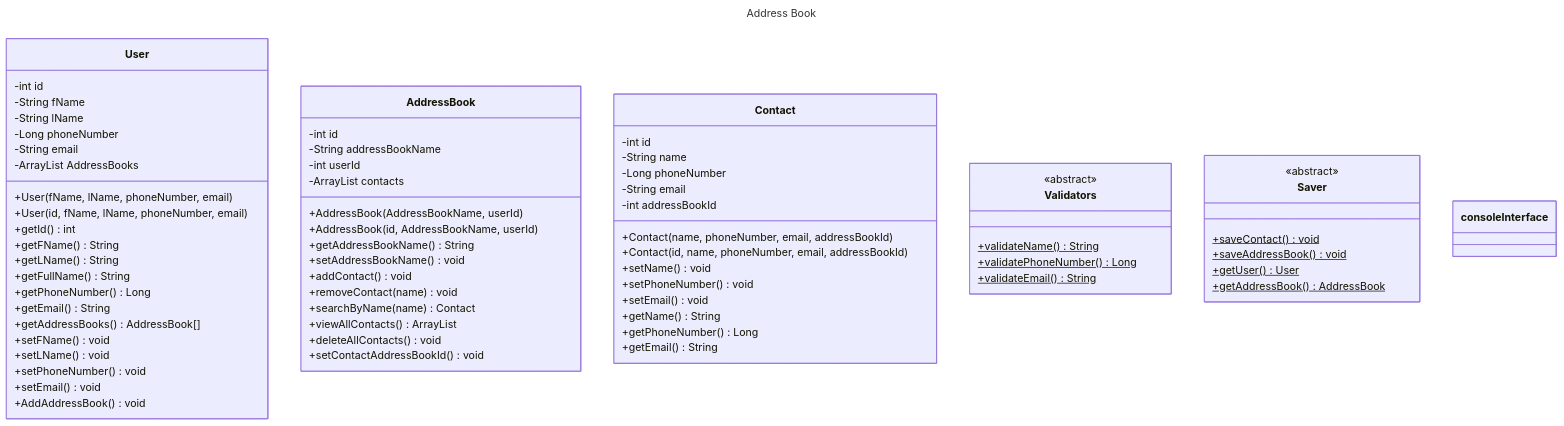
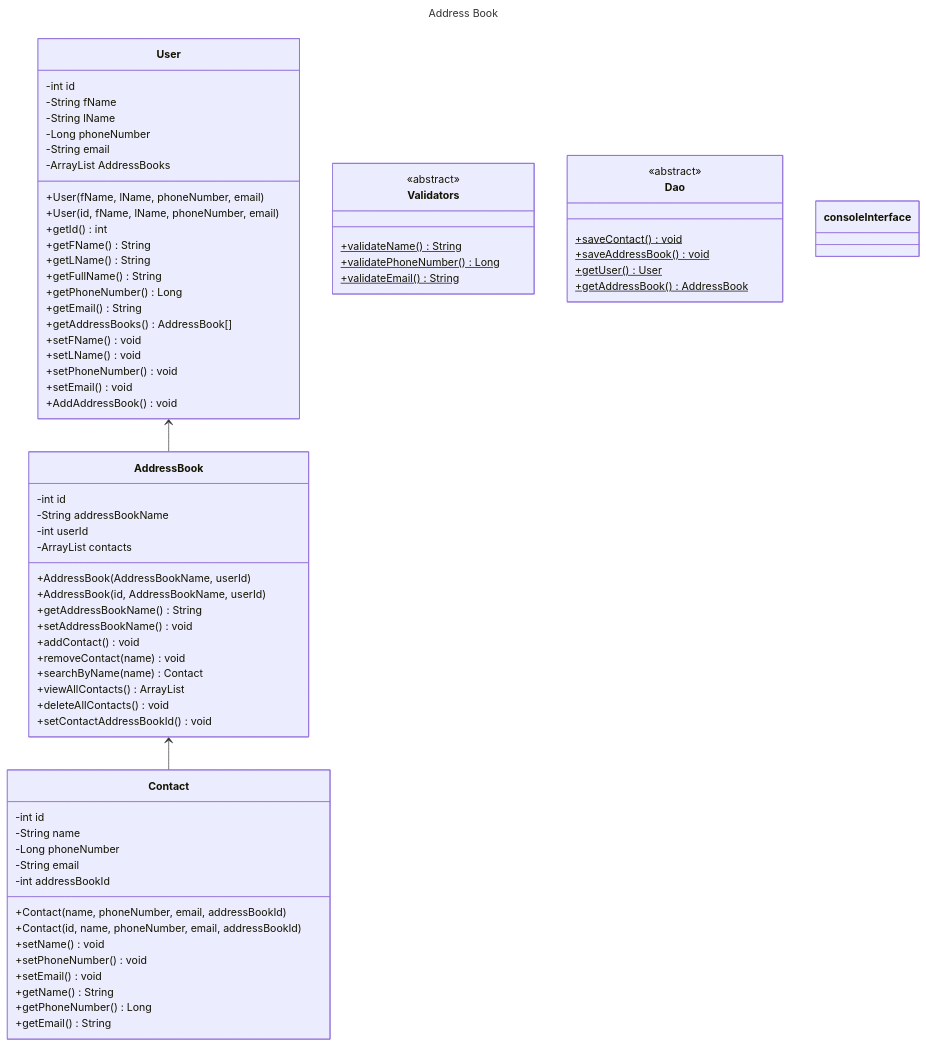
One commit to Max-Hutchings/DF-Address-Book--Java--Independent-Challenge changed the diagram in docs/domain-models-test-plan.md. Above: the diagram before and after it, drawn with Mermaid. The commit also changed 8 other files, not shown here.

```diff
--- a/docs/domain-models-test-plan.md
+++ b/docs/domain-models-test-plan.md
@@ -9,6 +9,10 @@
 classDiagram
 %%    User <-- AddressBook
 %%    AddressBook <-- Contact
+
+    direction TB
+    User <-- AddressBook
+    AddressBook <-- Contact
     
     class User{
         -int id
@@ -78,7 +82,7 @@
         +validateEmail()$ String
     }
     
-    class Saver{
+    class Dao{
         <<abstract>>
         +saveContact()$ void
         +saveAddressBook()$ void
```
